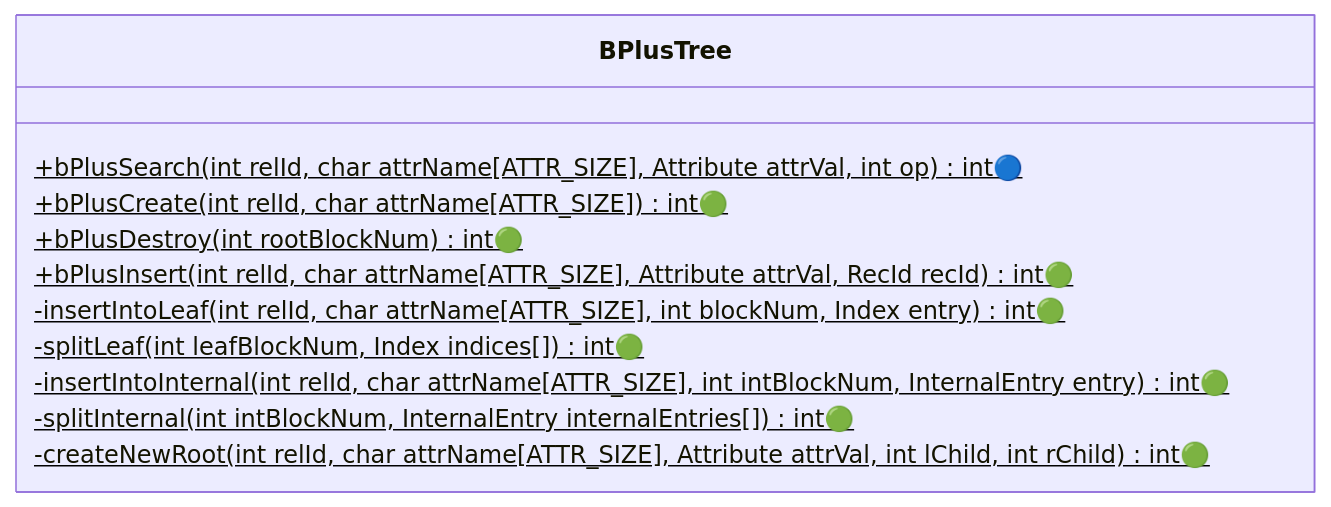
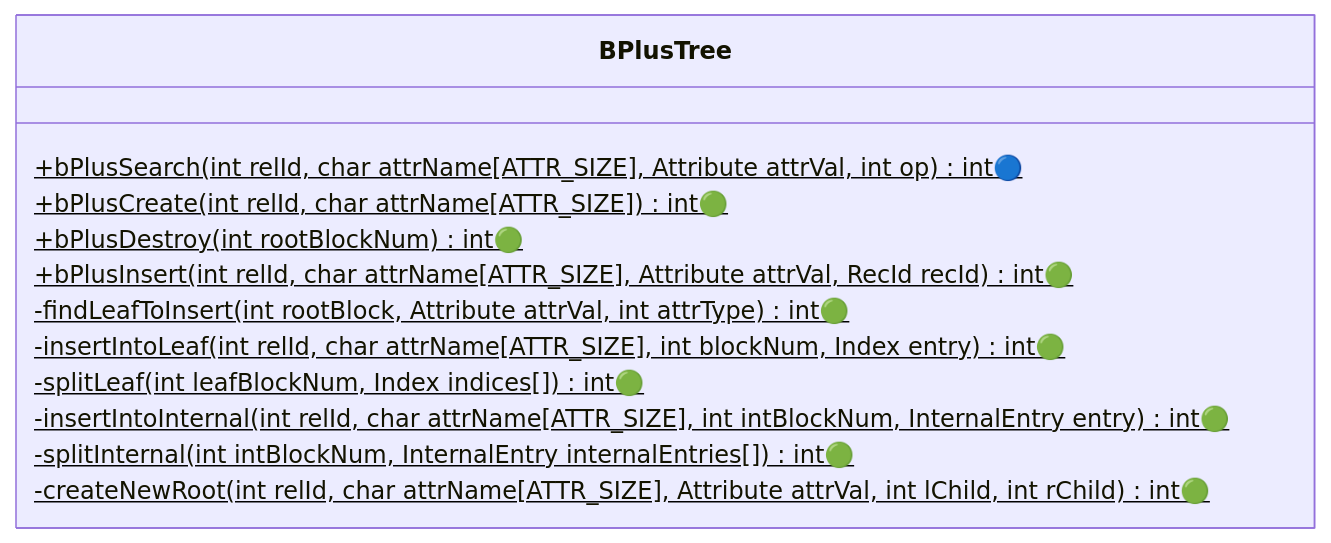
One commit to NITCbase/nitcbase.github.io changed the seventh of 7 diagrams in docs/Roadmap/Stage11.md. Above: the diagram before and after it, drawn with Mermaid. The commit also changed 1 other file, not shown here.

Commit message:
minor fixes to roadmap

````diff
--- a/docs/Roadmap/Stage11.md
+++ b/docs/Roadmap/Stage11.md
@@ -310,14 +310,15 @@
 ```mermaid
 classDiagram
   class BPlusTree{
     +bPlusSearch(int relId, char attrName[ATTR_SIZE], Attribute attrVal, int op)$ int🔵
     +bPlusCreate(int relId, char attrName[ATTR_SIZE])$ int🟢
     +bPlusDestroy(int rootBlockNum)$ int🟢
     +bPlusInsert(int relId, char attrName[ATTR_SIZE], Attribute attrVal, RecId recId)$ int🟢
+    -findLeafToInsert(int rootBlock, Attribute attrVal, int attrType)$ int🟢
     -insertIntoLeaf(int relId, char attrName[ATTR_SIZE], int blockNum, Index entry)$ int🟢
     -splitLeaf(int leafBlockNum, Index indices[])$ int🟢
     -insertIntoInternal(int relId, char attrName[ATTR_SIZE], int intBlockNum, InternalEntry entry)$ int🟢
     -splitInternal(int intBlockNum, InternalEntry internalEntries[])$ int🟢
     -createNewRoot(int relId, char attrName[ATTR_SIZE], Attribute attrVal, int lChild, int rChild)$ int🟢
   }
 ```
````
